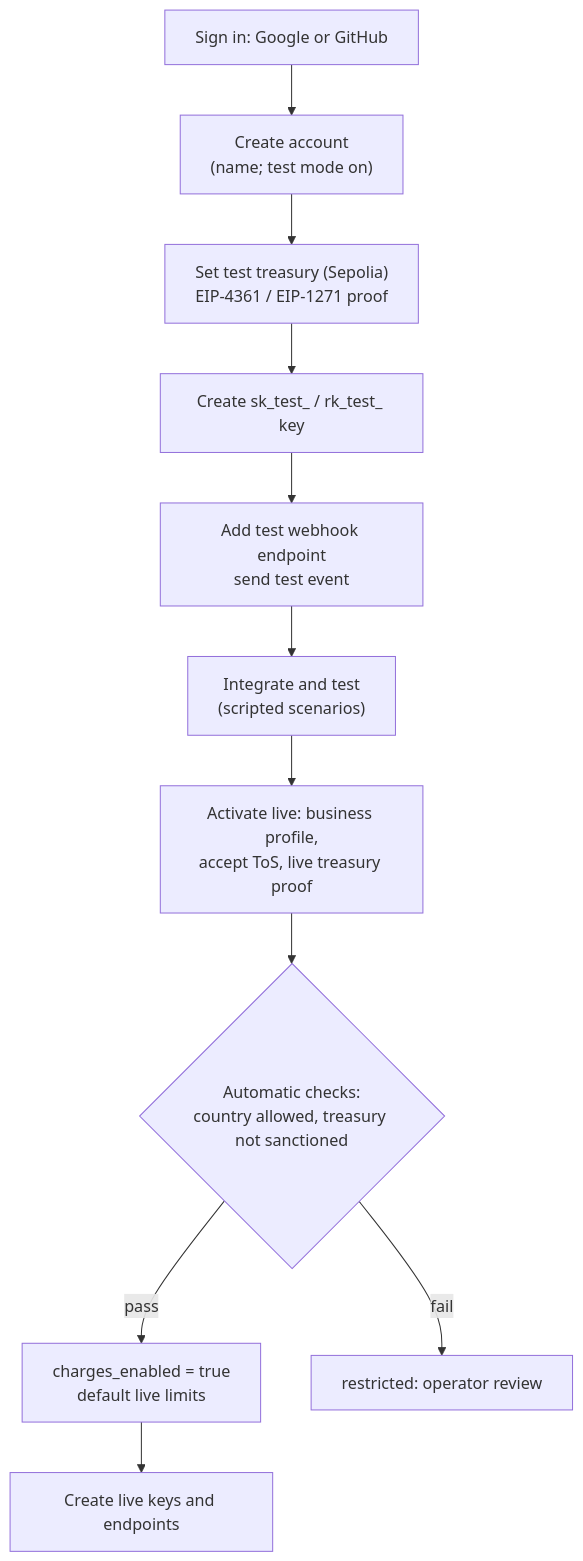
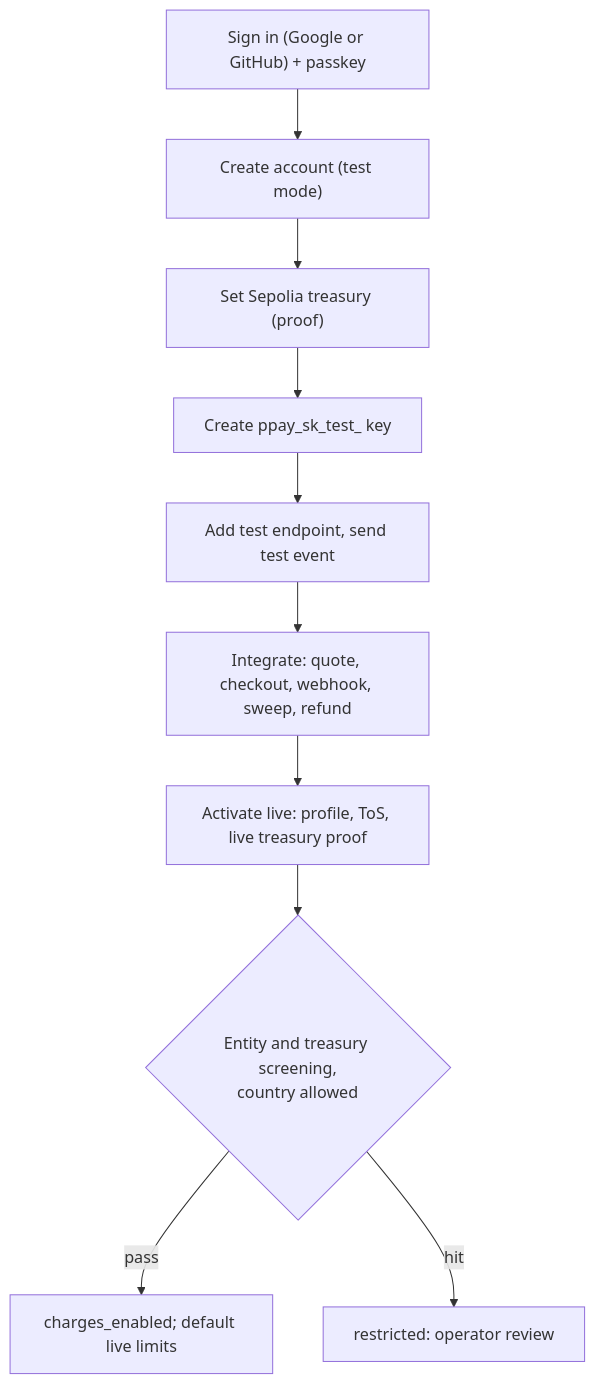
The fourth of 4 diagrams in docs/design/multi-tenant.md (Phala-Network/crypto-topup-service), drawn with Mermaid before and after one commit. The commit also changed other lines of this file, not shown here.

First line of the commit message:
docs(design): adopt review, single-path non-custodial model, fast credit

````diff
--- a/docs/design/multi-tenant.md
+++ b/docs/design/multi-tenant.md
@@ -321,13 +384,12 @@
 ```mermaid
 flowchart TD
-    signin["Sign in: Google or GitHub"] --> create["Create account<br/>(name; test mode on)"]
-    create --> treasury_t["Set test treasury (Sepolia)<br/>EIP-4361 / EIP-1271 proof"]
-    treasury_t --> key_t["Create sk_test_ / rk_test_ key"]
-    key_t --> hook_t["Add test webhook endpoint<br/>send test event"]
-    hook_t --> build["Integrate and test<br/>(scripted scenarios)"]
-    build --> activate["Activate live: business profile,<br/>accept ToS, live treasury proof"]
-    activate --> checks{"Automatic checks:<br/>country allowed, treasury not sanctioned"}
-    checks -->|pass| live["charges_enabled = true<br/>default live limits"]
-    checks -->|fail| review["restricted: operator review"]
-    live --> key_l["Create live keys and endpoints"]
+    signin["Sign in (Google or GitHub) + passkey"] --> create["Create account (test mode)"]
+    create --> tt["Set Sepolia treasury (proof)"]
+    tt --> kt["Create ppay_sk_test_ key"]
+    kt --> ht["Add test endpoint, send test event"]
+    ht --> build["Integrate: quote, checkout, webhook, sweep, refund"]
+    build --> act["Activate live: profile, ToS, live treasury proof"]
+    act --> chk{"Entity and treasury screening,<br/>country allowed"}
+    chk -->|pass| live["charges_enabled; default live limits"]
+    chk -->|hit| rev["restricted: operator review"]
 ```
````
